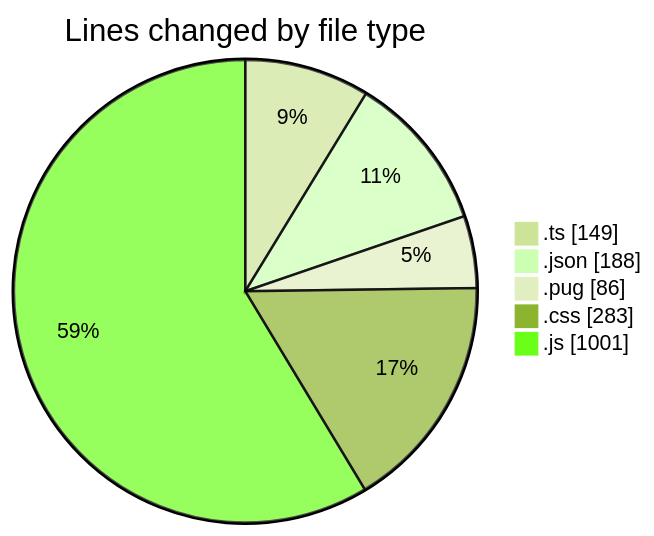
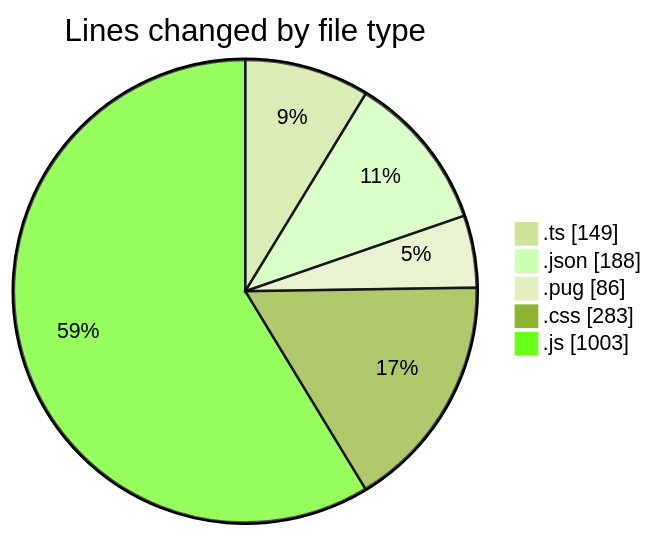
One commit to momahboobian/code-tracking changed the first of 2 diagrams in 2025-02-24/cda/README.md. Above: the diagram before and after it, drawn with Mermaid (forest theme). The commit also changed other lines of this file and 1 other file, not shown here.

````diff
--- a/2025-02-24/cda/README.md
+++ b/2025-02-24/cda/README.md
@@ -35,9 +35,9 @@
 ```mermaid
 pie showData
 title Lines changed by file type
 ".ts" : 149
 ".json" : 188
 ".pug" : 86
 ".css" : 283
-".js" : 1001
+".js" : 1003
 ```
````
